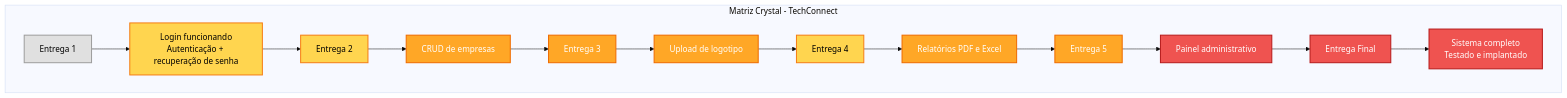
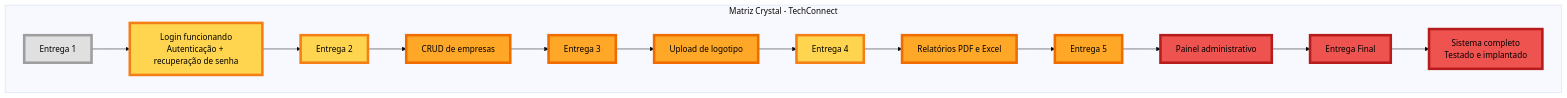
The second of 2 diagrams in README.md (isaachideki/ATV_GAPS_GANT), drawn with Mermaid (base theme) before and after one commit. The commit also changed other lines of this file, not shown here.

Commit message:
Update README with Gantt chart and Crystal matrix

````diff
--- a/README.md
+++ b/README.md
@@ -43,32 +33,32 @@
 ```mermaid id="crystal_tc01"
 graph TD
 subgraph Matriz Crystal - TechConnect
 
 %% Fluxo vertical principal
 E1["Entrega 1"]:::baixo --> 
 E2["Login funcionando<br>Autenticação + recuperação de senha"]:::medio --> 
 
 E3["Entrega 2"]:::medio --> 
 E4["CRUD de empresas"]:::alto --> 
 
 E5["Entrega 3"]:::alto --> 
 E6["Upload de logotipo"]:::alto --> 
 
 E7["Entrega 4"]:::medio --> 
 E8["Relatórios PDF e Excel"]:::alto --> 
 
 E9["Entrega 5"]:::alto --> 
 E10["Painel administrativo"]:::critico --> 
 
 E11["Entrega Final"]:::critico --> 
 E12["Sistema completo<br>Testado e implantado"]:::critico
 
 end
 
 %% Cores por intensidade
-classDef baixo fill:#E0E0E0,color:#000,stroke:#9E9E9E,stroke-width:2px;
-classDef medio fill:#FFD54F,color:#000,stroke:#F57F17,stroke-width:2px;
-classDef alto fill:#FFA726,color:#fff,stroke:#EF6C00,stroke-width:2px;
-classDef critico fill:#EF5350,color:#fff,stroke:#B71C1C,stroke-width:2px;
+classDef baixo fill:#E0E0E0,color:#000,stroke:#9E9E9E,stroke-width:5px;
+classDef medio fill:#FFD54F,color:#000,stroke:#F57F17,stroke-width:5px;
+classDef alto fill:#FFA726,color:#000,stroke:#EF6C00,stroke-width:5px;
+classDef critico fill:#EF5350,color:#000,stroke:#B71C1C,stroke-width:5px;
 
 ```
````
